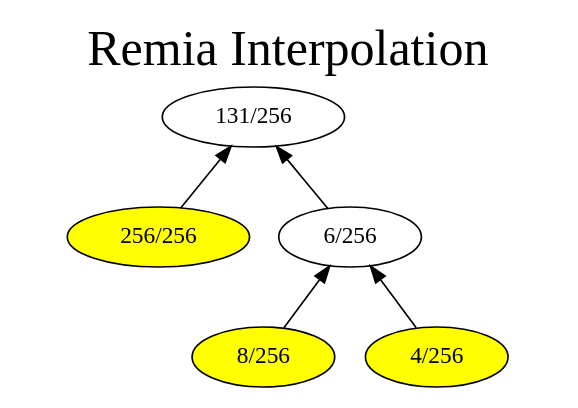
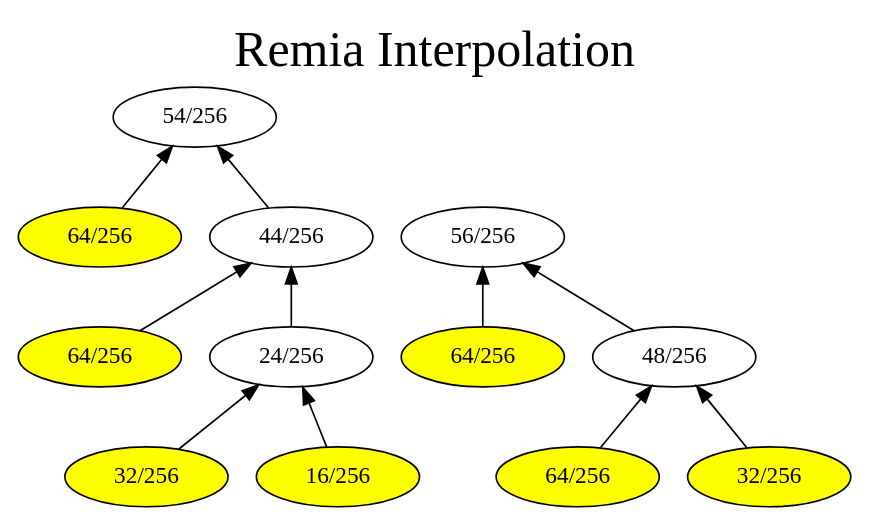
The diagram in GuiTool/image/Remia/RemiaDot.dot (iitramar/guiTool), drawn with Graphviz before and after one commit. The commit also changed 49 other files, not shown here.

```diff
--- a/GuiTool/image/Remia/RemiaDot.dot
+++ b/GuiTool/image/Remia/RemiaDot.dot
@@ -1,16 +1,33 @@
 digraph G { 
 rankdir = BT;
 graph [label= "Remia Interpolation", labelloc=t, fontsize=30];
-1[label= " 131/256 " ];
-2[label= " 256/256 " ];
+1[label= " 54/256 " ];
+2[label= " 64/256 " ];
 2->1
-3[label= " 6/256 " ];
+3[label= " 44/256 " ];
 3->1
 2[style=filled, fillcolor=yellow];
-6[label= " 8/256 " ];
+6[label= " 64/256 " ];
 6->3
-7[label= " 4/256 " ];
+7[label= " 24/256 " ];
 7->3
 6[style=filled, fillcolor=yellow];
-7[style=filled, fillcolor=yellow];
+14[label= " 32/256 " ];
+14->7
+15[label= " 16/256 " ];
+15->7
+14[style=filled, fillcolor=yellow];
+15[style=filled, fillcolor=yellow];
+101[label= " 56/256 " ];
+202[label= " 64/256 " ];
+202->101
+203[label= " 48/256 " ];
+203->101
+202[style=filled, fillcolor=yellow];
+406[label= " 64/256 " ];
+406->203
+407[label= " 32/256 " ];
+407->203
+406[style=filled, fillcolor=yellow];
+407[style=filled, fillcolor=yellow];
 }
```
